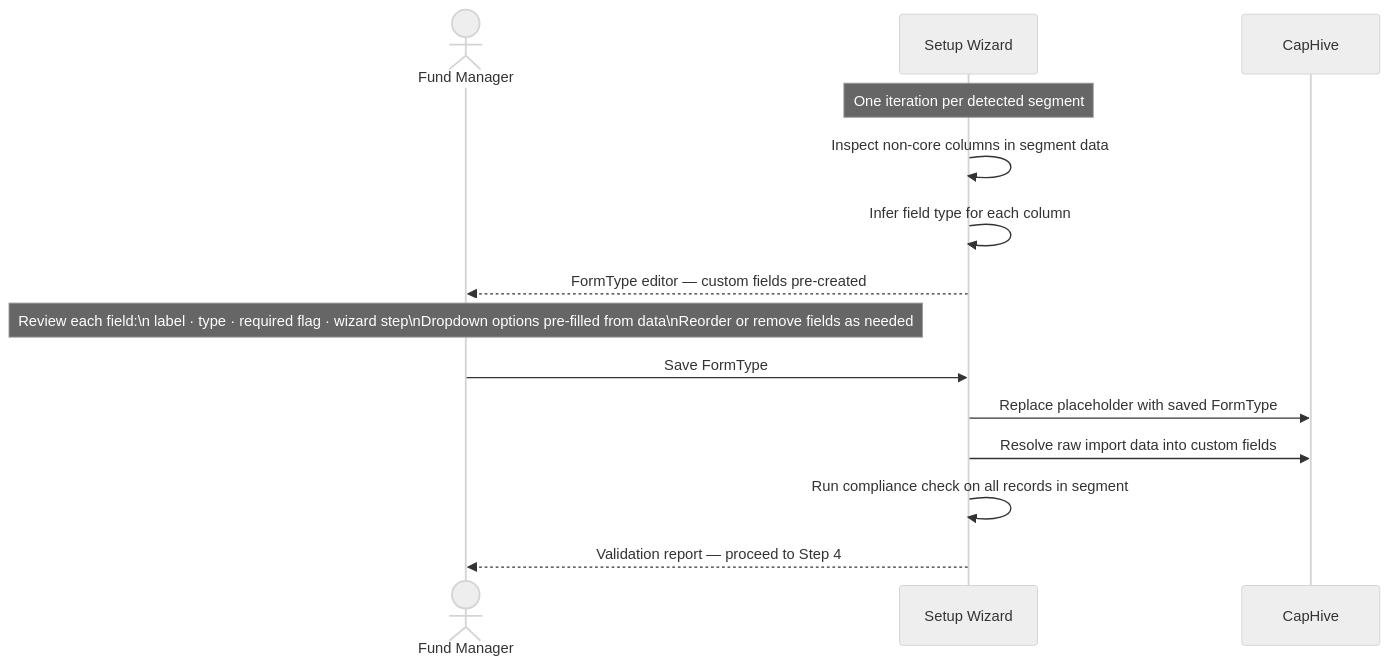
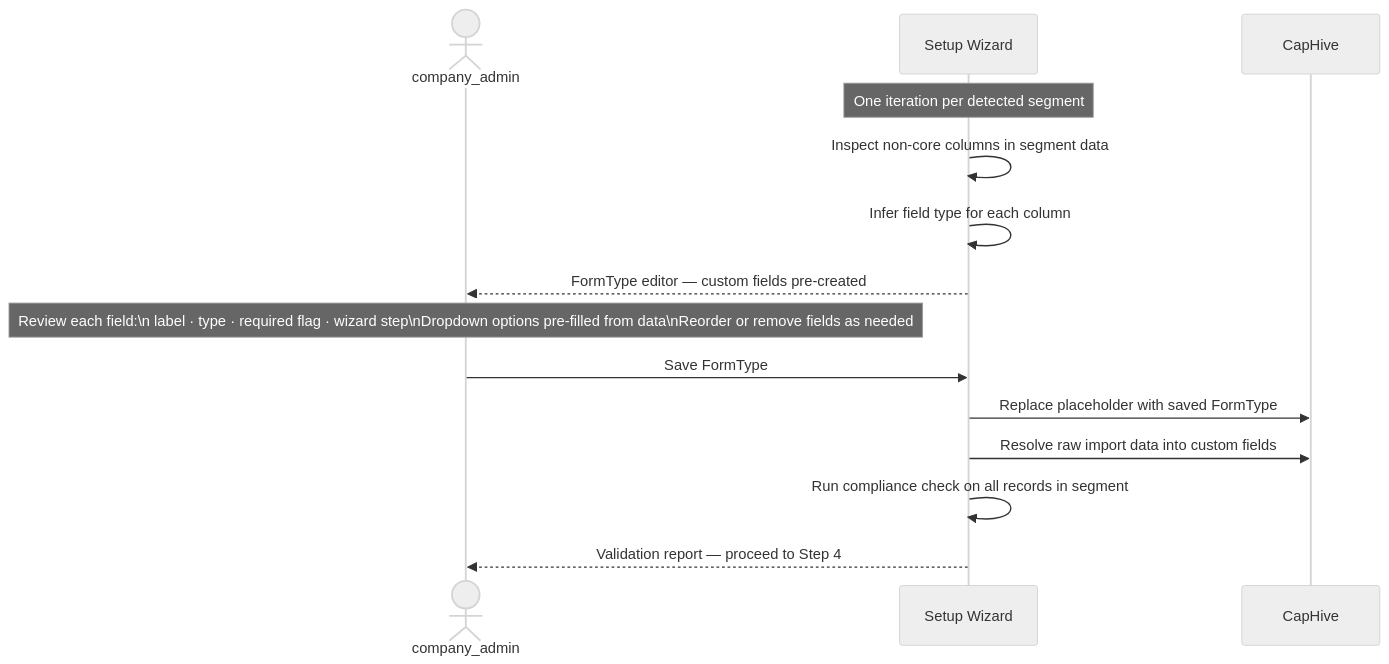
One commit to sampadadiwan/IRM_CompanyMain changed the fourth of 11 diagrams in docs/features/autonomous_kyc_onboarding_prd.md. Above: the diagram before and after it, drawn with Mermaid (neutral theme). The commit also changed other lines of this file and 3 other files, not shown here.

````diff
--- a/docs/features/autonomous_kyc_onboarding_prd.md
+++ b/docs/features/autonomous_kyc_onboarding_prd.md
@@ -301,21 +315,21 @@
 ```mermaid
 sequenceDiagram
-    actor FM as Fund Manager
+    actor FM as company_admin
     participant W as Setup Wizard
     participant DB as CapHive
 
     Note over W: One iteration per detected segment
 
     W->>W: Inspect non-core columns in segment data
     W->>W: Infer field type for each column
     W-->>FM: FormType editor — custom fields pre-created
 
     Note over FM: Review each field:\n  label · type · required flag · wizard step\nDropdown options pre-filled from data\nReorder or remove fields as needed
 
     FM->>W: Save FormType
 
     W->>DB: Replace placeholder with saved FormType
     W->>DB: Resolve raw import data into custom fields
     W->>W: Run compliance check on all records in segment
     W-->>FM: Validation report — proceed to Step 4
 ```
````
